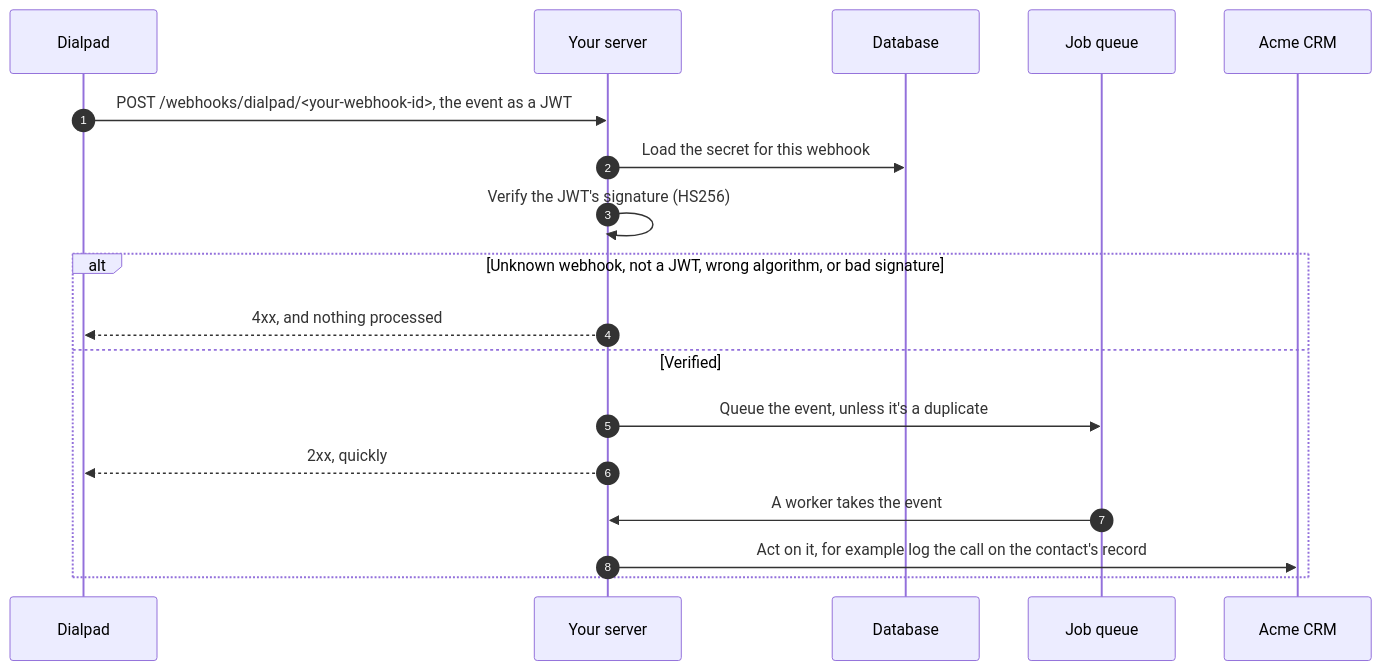
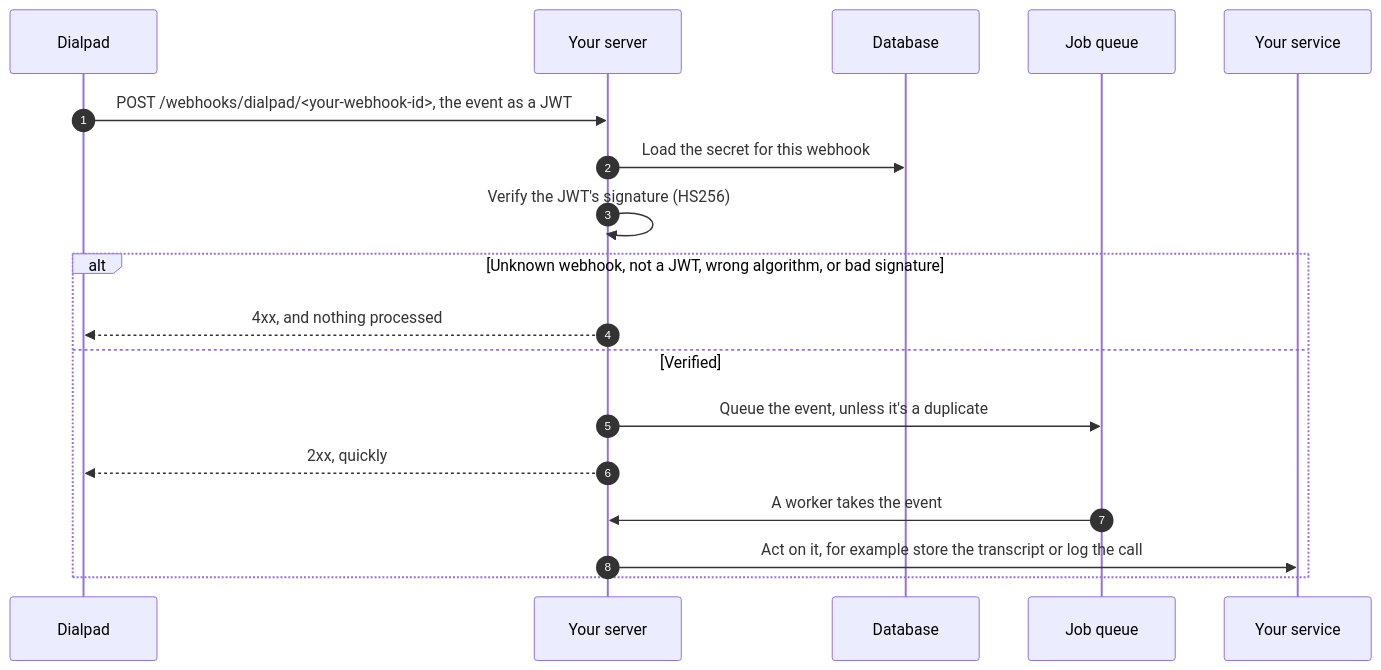
Before and after one commit to dialpad/sample-dialapp-external: the third of 3 diagrams in guide/08-call-dialpad.md, drawn with Mermaid. The commit also changed other lines of this file and 2 other files, not shown here.

````diff
--- a/guide/08-call-dialpad.md
+++ b/guide/08-call-dialpad.md
@@ -104,21 +119,21 @@
 ```mermaid
 sequenceDiagram
   autonumber
   participant D as Dialpad
   participant S as Your server
   participant DB as Database
   participant Q as Job queue
-  participant C as Acme CRM
+  participant Y as Your service
 
   D->>S: POST /webhooks/dialpad/<your-webhook-id>, the event as a JWT
   S->>DB: Load the secret for this webhook
   S->>S: Verify the JWT's signature (HS256)
   alt Unknown webhook, not a JWT, wrong algorithm, or bad signature
     S-->>D: 4xx, and nothing processed
   else Verified
     S->>Q: Queue the event, unless it's a duplicate
     S-->>D: 2xx, quickly
     Q->>S: A worker takes the event
-    S->>C: Act on it, for example log the call on the contact's record
+    S->>Y: Act on it, for example store the transcript or log the call
   end
 ```
````
